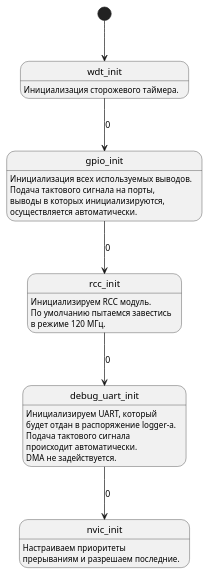
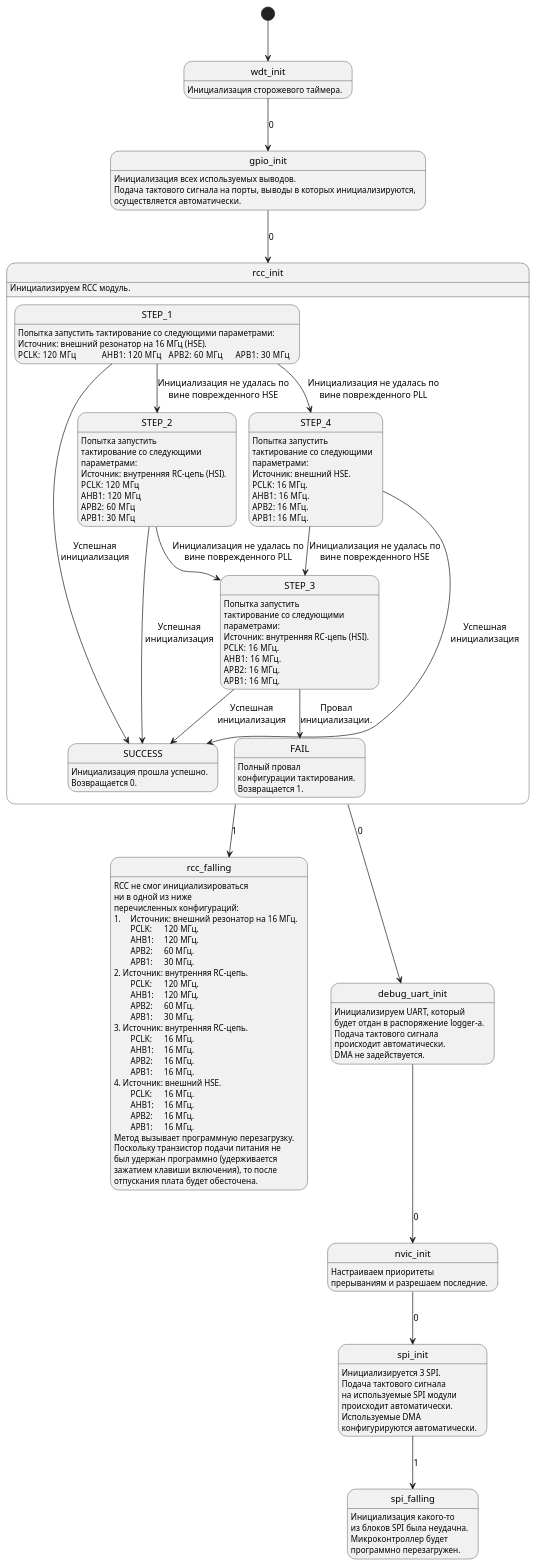
The diagram in user_code/ayplayer_fsm.pu (Vadimatorik/ChiptunePlayer-2.22), drawn with PlantUML before and after one commit. The commit also changed 7 other files, not shown here.

Commit message:
Добавлено RCC, SPI. С обработчиками внештатных ситуаций.

```diff
--- a/user_code/ayplayer_fsm.pu
+++ b/user_code/ayplayer_fsm.pu
@@ -1,43 +1,148 @@
 @startuml
 
 [*] --> start
 
 state "wdt_init" as start {
 start: Инициализация сторожевого таймера.
 }
 
 start --> s1: 0
 
 state "gpio_init" as s1 {
 s1: Инициализация всех используемых выводов.
-s1: Подача тактового сигнала на порты, 
-s1: выводы в которых инициализируются,
+s1: Подача тактового сигнала на порты, выводы в которых инициализируются,
 s1: осуществляется автоматически.
 }
 
 s1 --> s2 : 0
 
 state "rcc_init" as s2 {
 s2: Инициализируем RCC модуль.
-s2: По умолчанию пытаемся завестись 
-s2: в режиме 120 МГц.
+
+STEP_1 --> STEP_2 : Инициализация не удалась по\nвине поврежденного HSE
+STEP_2 --> STEP_3 : Инициализация не удалась по\nвине поврежденного PLL
+
+STEP_1 --> STEP_4 : Инициализация не удалась по\nвине поврежденного PLL
+
+STEP_1 --> SUCCESS : Успешная\nинициализация
+STEP_2 --> SUCCESS : Успешная\nинициализация
+STEP_3 --> SUCCESS : Успешная\nинициализация
+STEP_4 --> SUCCESS : Успешная\nинициализация
+
+SUCCESS: Инициализация прошла успешно. 
+SUCCESS: Возвращается 0.
+
+STEP_3 --> FAIL : Провал\nинициализации.
+STEP_4 --> STEP_3 : Инициализация не удалась по\nвине поврежденного HSE
+
+FAIL: Полный провал
+FAIL: конфигурации тактирования.
+FAIL: Возвращается 1.
+
+STEP_1: Попытка запустить тактирование со следующими параметрами:
+STEP_1: Источник: внешний резонатор на 16 МГц (HSE).
+STEP_1: PCLK:  120 МГц\t\tAHB1:  120 МГц\tAPB2:  60 МГц\tAPB1:  30 МГц
+
+STEP_2: Попытка запустить 
+STEP_2: тактирование со следующими 
+STEP_2: параметрами:
+STEP_2: Источник: внутренняя RC-цепь (HSI).
+STEP_2: PCLK:  120 МГц
+STEP_2: AHB1:  120 МГц
+STEP_2: APB2:  60 МГц
+STEP_2: APB1:  30 МГц
+
+STEP_3: Попытка запустить 
+STEP_3: тактирование со следующими
+STEP_3: параметрами:
+STEP_3: Источник: внутренняя RC-цепь (HSI).
+STEP_3: PCLK:  16 МГц.
+STEP_3: AHB1:  16 МГц.
+STEP_3: APB2:  16 МГц.
+STEP_3: APB1:  16 МГц.
+
+STEP_4: Попытка запустить 
+STEP_4: тактирование со следующими
+STEP_4: параметрами:
+STEP_4: Источник: внешний HSE.
+STEP_4: PCLK:  16 МГц.
+STEP_4: AHB1:  16 МГц.
+STEP_4: APB2:  16 МГц.
+STEP_4: APB1:  16 МГц.
+}
+
+s2 --> f1 : 1
+
+state "rcc_falling" as f1 {
+f1: RCC не смог инициализироваться 
+f1: ни в одной из ниже 
+f1: перечисленных конфигураций:
+f1: 1.\tИсточник: внешний резонатор на 16 МГц.
+f1: \tPCLK:\t120 МГц.
+f1: \tAHB1:\t120 МГц.
+f1: \tAPB2:\t60 МГц.
+f1: \tAPB1:\t30 МГц.
+
+f1: 2. Источник: внутренняя RC-цепь.
+f1: \tPCLK:\t120 МГц.
+f1: \tAHB1:\t120 МГц.
+f1: \tAPB2:\t60 МГц.
+f1: \tAPB1:\t30 МГц.
+
+f1: 3. Источник: внутренняя RC-цепь.
+f1: \tPCLK:\t16 МГц.
+f1: \tAHB1:\t16 МГц.
+f1: \tAPB2:\t16 МГц.
+f1: \tAPB1:\t16 МГц.
+
+f1: 4. Источник: внешний HSE.
+f1: \tPCLK:\t16 МГц.
+f1: \tAHB1:\t16 МГц.
+f1: \tAPB2:\t16 МГц.
+f1: \tAPB1:\t16 МГц.
+
+f1: Метод вызывает программную перезагрузку.
+f1: Поскольку транзистор подачи питания не 
+f1: был удержан программно (удерживается 
+f1: зажатием клавиши включения), то после
+f1: отпускания плата будет обесточена.
 }
 
 s2 --> s3: 0
 
 state "debug_uart_init" as s3 {
 s3: Инициализируем UART, который 
 s3: будет отдан в распоряжение logger-а.
 s3: Подача тактового сигнала 
 s3: происходит автоматически.
 s3: DMA не задействуется.
 }
 
 s3 --> s4 : 0
 
 state "nvic_init" as s4 {
 s4: Настраиваем приоритеты 
 s4: прерываниям и разрешаем последние.
 }
 
+s4 --> s5 : 0
+
+state "spi_init" as s5 {
+s5: Инициализируется 3 SPI.
+s5: Подача тактового сигнала 
+s5: на используемые SPI модули
+s5: происходит автоматически.
+s5: Используемые DMA 
+s5: конфигурируются автоматически.
+}
+
+s5 --> fspi : 1
+
+state "spi_falling" as fspi {
+fspi: Инициализация какого-то 
+fspi: из блоков SPI была неудачна.
+fspi: Микроконтроллер будет 
+fspi: программно перезагружен.
+}
+
 @enduml
```
